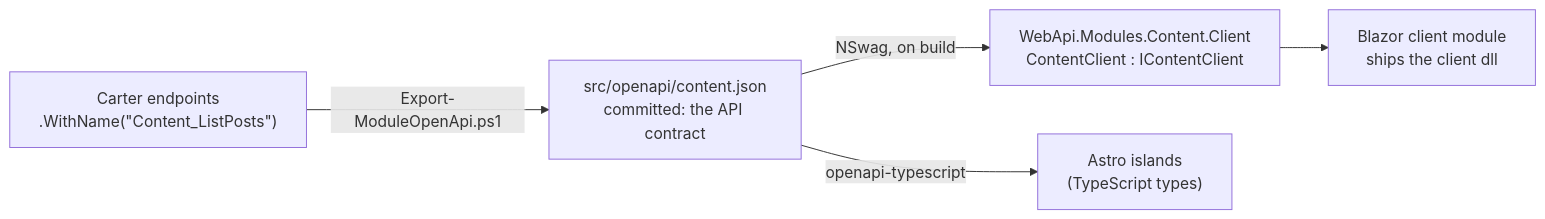
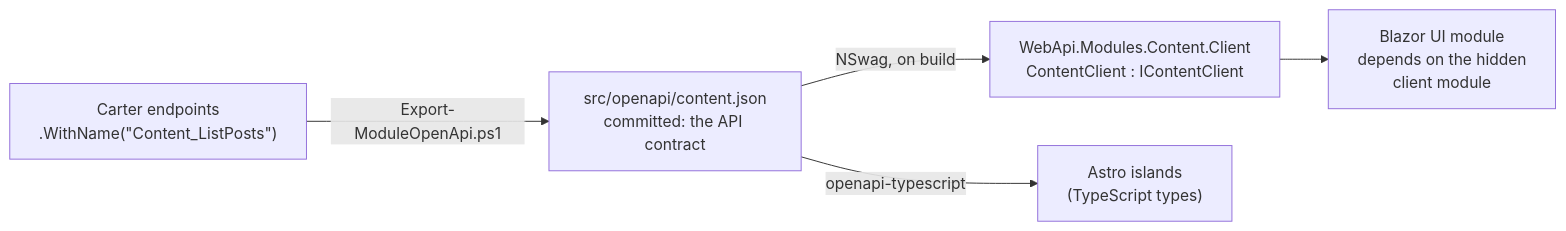
The fifth of 5 diagrams in docs/astro-modular-blazor-docs/curved-chasm/src/content/docs/backend/create-a-module.md (soft-square-net/ModularBlazor.Platform), drawn with Mermaid before and after one commit. The commit also changed other lines of this file and 7 other files, not shown here.

First line of the commit message:
Document the client parts and the playground in "Create a module"

````diff
--- a/docs/astro-modular-blazor-docs/curved-chasm/src/content/docs/backend/create-a-module.md
+++ b/docs/astro-modular-blazor-docs/curved-chasm/src/content/docs/backend/create-a-module.md
@@ -714,7 +1039,7 @@
 ```mermaid
 flowchart LR
     E["Carter endpoints<br/>.WithName(&quot;Content_ListPosts&quot;)"] -->|Export-ModuleOpenApi.ps1| D["src/openapi/content.json<br/>committed: the API contract"]
     D -->|"NSwag, on build"| C["WebApi.Modules.Content.Client<br/>ContentClient : IContentClient"]
     D -->|openapi-typescript| T["Astro islands<br/>(TypeScript types)"]
-    C --> B["Blazor client module<br/>ships the client dll"]
+    C --> B["Blazor UI module<br/>depends on the hidden<br/>client module"]
 ```
````
